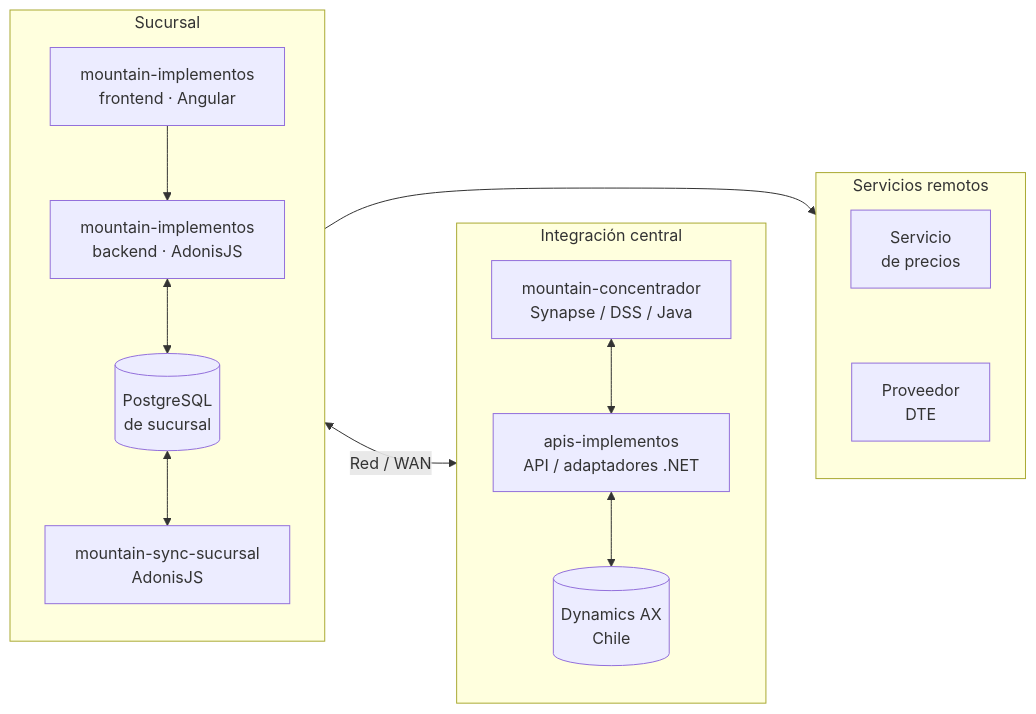
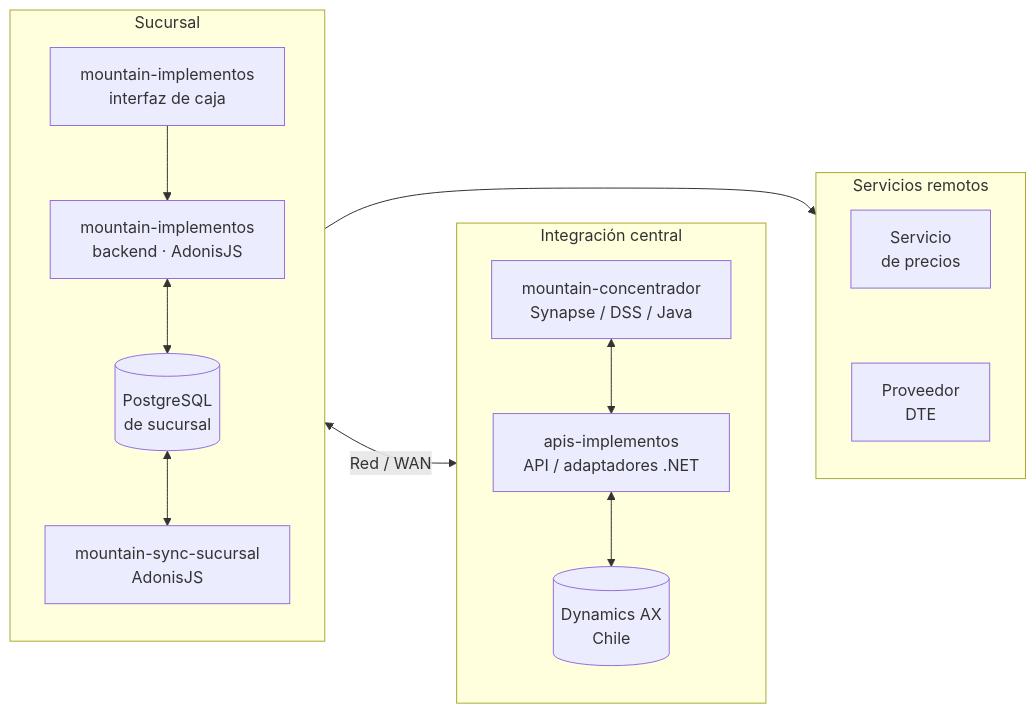
One commit to floxcristian/pos-architecture changed the diagram in presentation/diagrams/current.mmd. Above: the diagram before and after it, drawn with Mermaid. The commit also changed 11 other files, not shown here.

```diff
--- a/presentation/diagrams/current.mmd
+++ b/presentation/diagrams/current.mmd
@@ -1,23 +1,23 @@
 flowchart LR
     accTitle: Arquitectura actual de caja en Chile
     accDescr: La sucursal conserva interfaz, backend, base y sincronizador. Precios y fiscalidad tienen dependencias externas. AX recibe el registro por integración posterior.
     subgraph branch["Sucursal"]
         direction TB
-        ui["mountain-implementos<br/>frontend · Angular"] --> backend["mountain-implementos<br/>backend · AdonisJS"]
+        ui["mountain-implementos<br/>interfaz de caja"] --> backend["mountain-implementos<br/>backend · AdonisJS"]
         backend <--> localdb[("PostgreSQL<br/>de sucursal")]
         localdb <--> sync["mountain-sync-sucursal<br/>AdonisJS"]
     end
     subgraph remote["Servicios remotos"]
         direction TB
         pricing["Servicio<br/>de precios"]
         fiscal["Proveedor<br/>DTE"]
         pricing ~~~ fiscal
     end
     subgraph integration["Integración central"]
         direction TB
         bus["mountain-concentrador<br/>Synapse / DSS / Java"] <--> axapi["apis-implementos<br/>API / adaptadores .NET"]
         axapi <--> ax[("Dynamics AX<br/>Chile")]
     end
     branch <-->|"Red / WAN"| integration
     branch --> remote
     integration ~~~ remote
```
